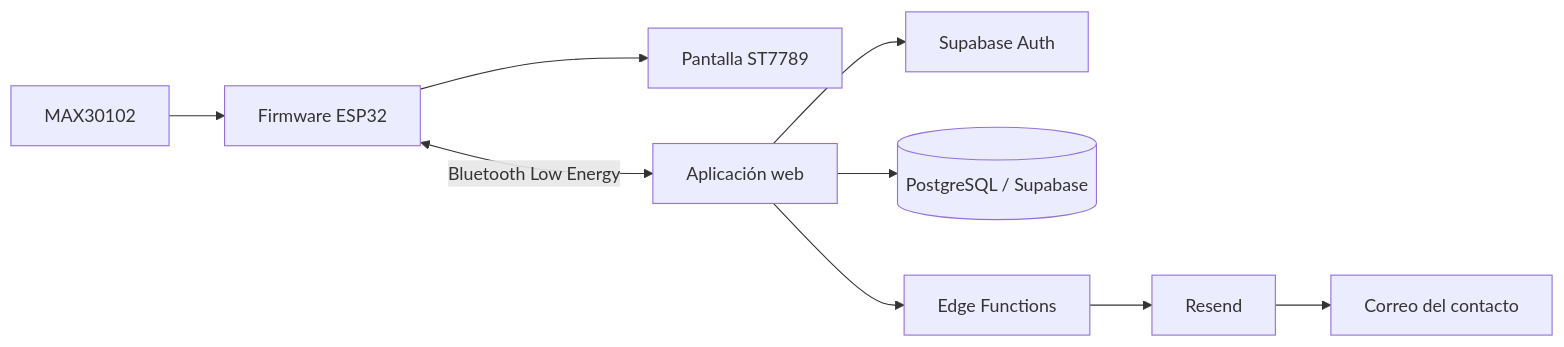
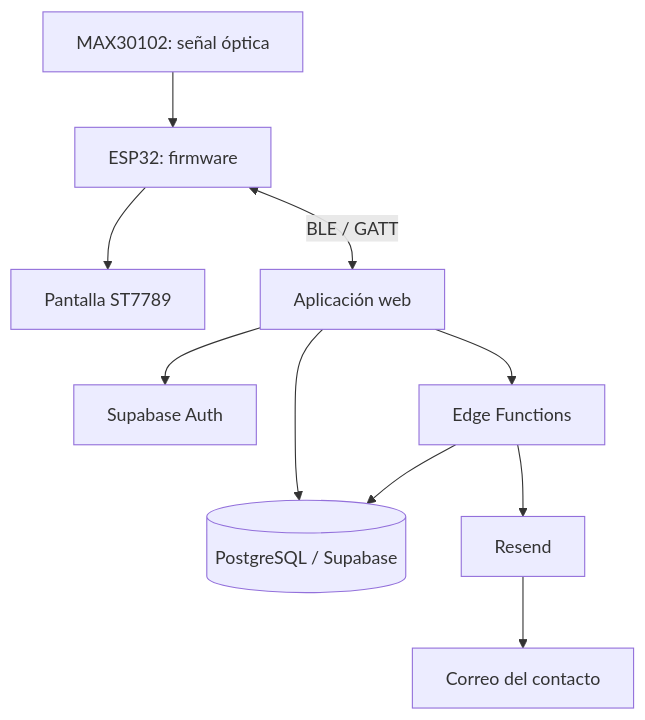
The diagram in README.md (Tomicasgit/Aplicacion_AMAR), drawn with Mermaid before and after one commit. The commit also changed other lines of this file, not shown here.

````diff
--- a/README.md
+++ b/README.md
@@ -26,11 +60,12 @@
 ```mermaid
-flowchart LR
-    S[MAX30102] --> F[Firmware ESP32]
-    F --> D[Pantalla ST7789]
-    F <-->|Bluetooth Low Energy| W[Aplicación web]
-    W --> A[Supabase Auth]
-    W --> DB[(PostgreSQL / Supabase)]
-    W --> E[Edge Functions]
-    E --> R[Resend]
-    R --> C[Correo del contacto]
+flowchart TD
+  S[MAX30102: señal óptica] --> F[ESP32: firmware]
+  F --> L[Pantalla ST7789]
+  F <-->|BLE / GATT| W[Aplicación web]
+  W --> AU[Supabase Auth]
+  W --> DB[(PostgreSQL / Supabase)]
+  W --> EF[Edge Functions]
+  EF --> DB
+  EF --> R[Resend]
+  R --> C[Correo del contacto]
 ```
````
